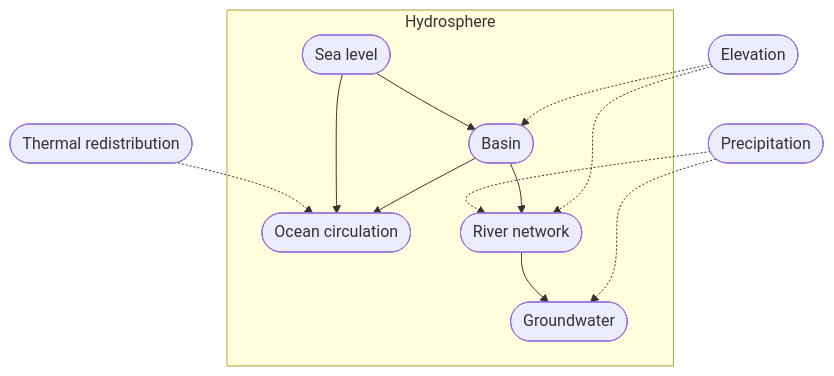
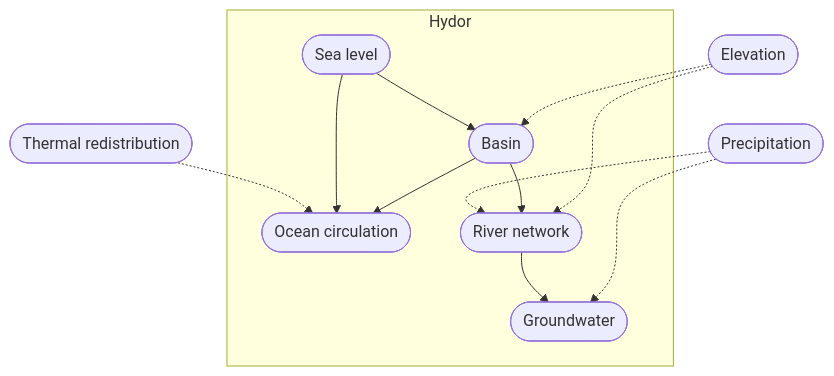
One commit to lagardej/mimameithr changed the fourth of 8 diagrams in docs/concerns.adoc. Above: the diagram before and after it, drawn with Mermaid. The commit also changed other lines of this file and 136 other files, not shown here.

```diff
--- a/docs/concerns.adoc
+++ b/docs/concerns.adoc
@@ -238,26 +238,26 @@
 [mermaid]
 ....
 flowchart TB
-    subgraph Hydrosphere
+    subgraph Hydor
         SeaLevel([Sea level])
         Basin([Basin])
         OceanCirculation([Ocean circulation])
         RiverNetwork([River network])
         Groundwater([Groundwater])
     end
 
     Elevation([Elevation])
     ThermalRedistribution([Thermal redistribution])
     Precipitation([Precipitation])
 
     Elevation -.-> Basin
     Elevation -.-> RiverNetwork
     Basin --> RiverNetwork
     Basin --> OceanCirculation
     SeaLevel --> Basin
     SeaLevel --> OceanCirculation
     ThermalRedistribution -.-> OceanCirculation
     Precipitation -.-> RiverNetwork
     Precipitation -.-> Groundwater
     RiverNetwork --> Groundwater
 ....
```
